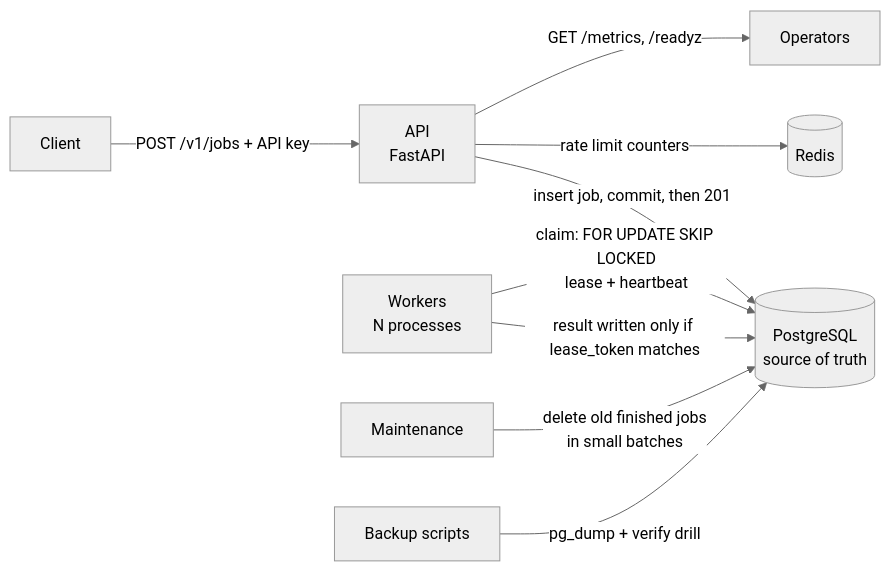
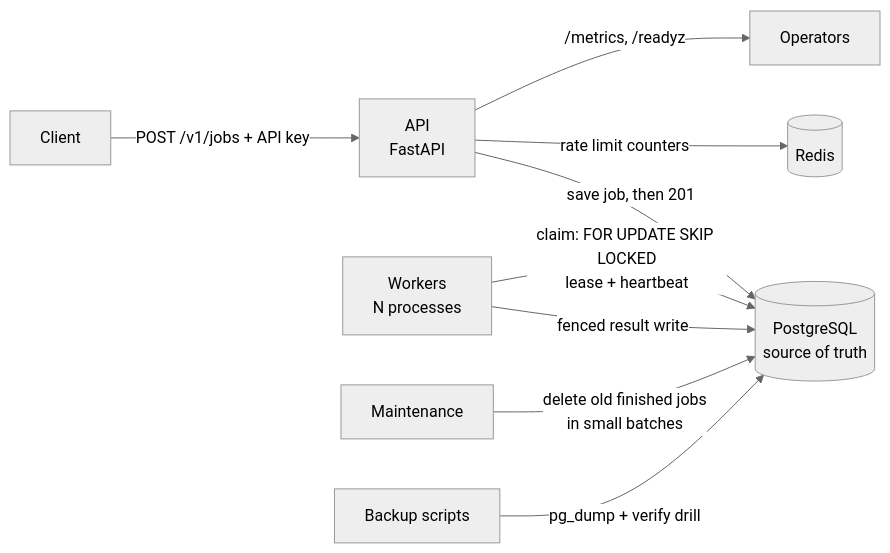
One commit to uzairsiddiqui089/queue-forge changed the diagram in README.md. Above: the diagram before and after it, drawn with Mermaid (neutral theme).

Commit message:
Shorten README diagram labels so they are not cut off

````diff
--- a/README.md
+++ b/README.md
@@ -18,11 +18,11 @@
 ```mermaid
 flowchart LR
     C[Client] -->|POST /v1/jobs + API key| A[API<br/>FastAPI]
     A -->|rate limit counters| R[(Redis)]
-    A -->|insert job, commit, then 201| P[(PostgreSQL<br/>source of truth)]
+    A -->|save job, then 201| P[(PostgreSQL<br/>source of truth)]
     W[Workers<br/>N processes] -->|claim: FOR UPDATE SKIP LOCKED<br/>lease + heartbeat| P
-    W -->|result written only if lease_token matches| P
+    W -->|fenced result write| P
     M[Maintenance] -->|delete old finished jobs<br/>in small batches| P
     B[Backup scripts] -->|pg_dump + verify drill| P
-    A -->|GET /metrics, /readyz| O[Operators]
+    A -->|/metrics, /readyz| O[Operators]
 ```
````
